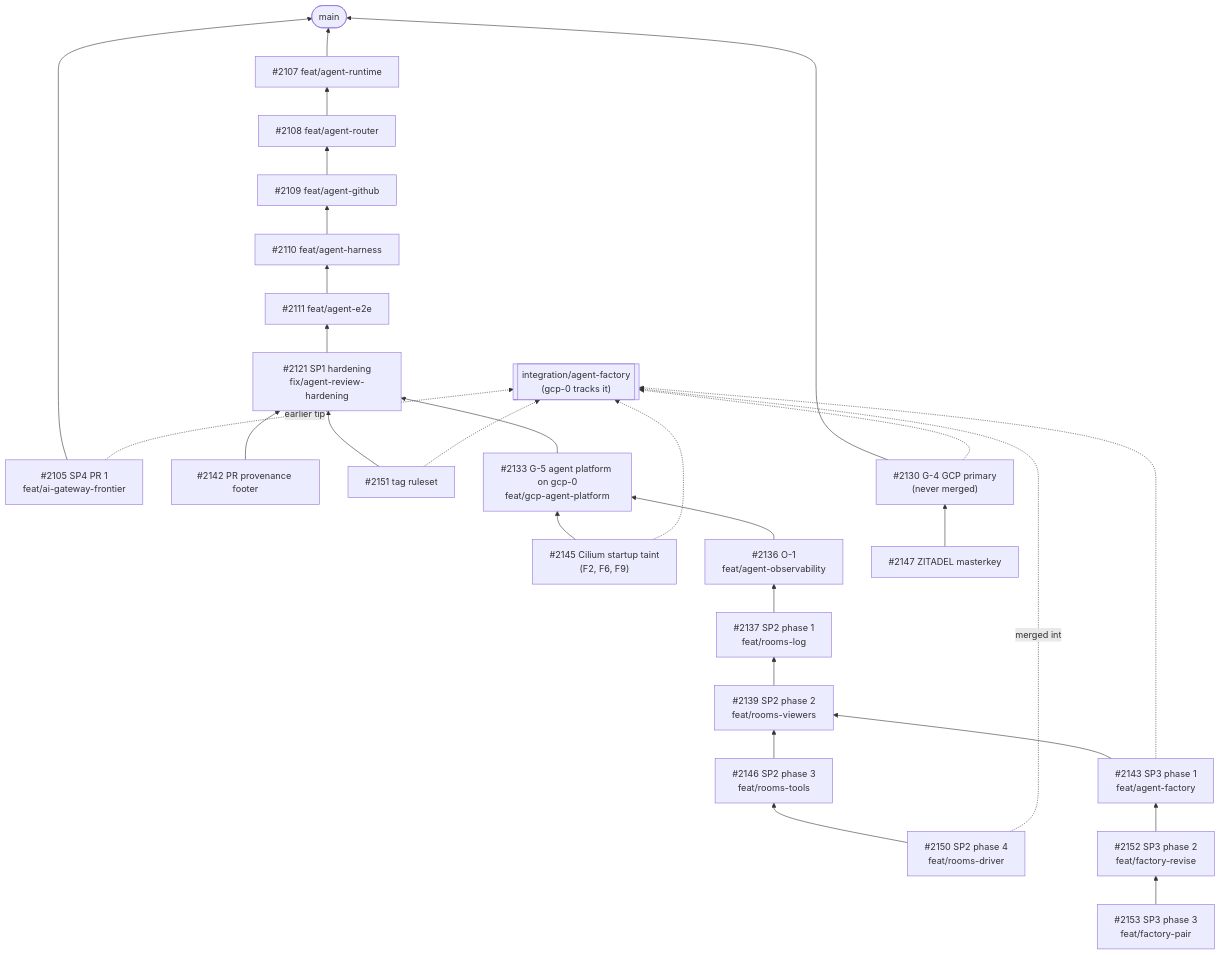
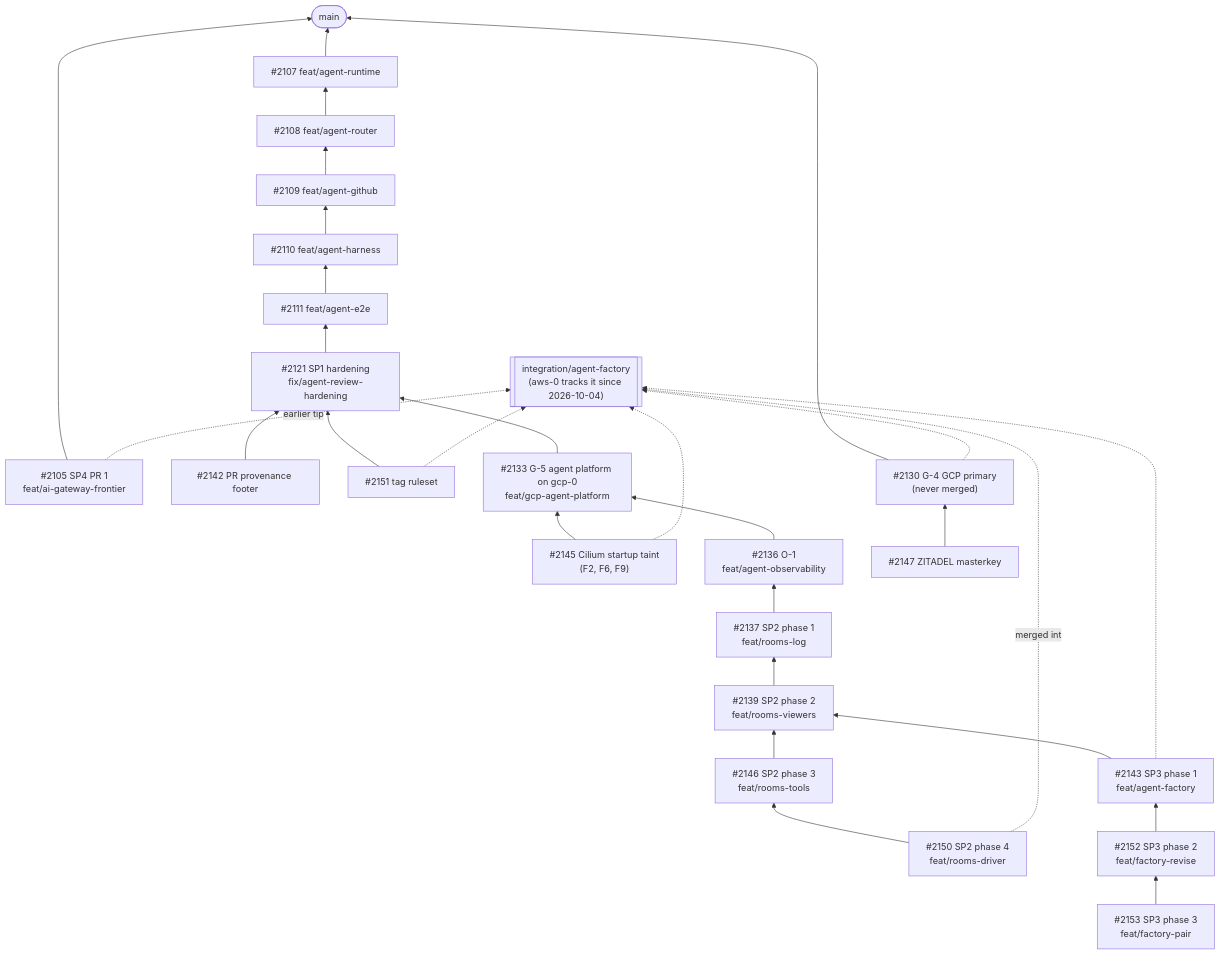
The diagram in website/content/docs/platform/ai-platform/status.md (Smana/cloud-native-ref), drawn with Mermaid before and after one commit. The commit also changed other lines of this file, not shown here.

First line of the commit message:
docs(ai-platform): refresh the programme ledger for the aws-0 flip and its validation

````diff
--- a/website/content/docs/platform/ai-platform/status.md
+++ b/website/content/docs/platform/ai-platform/status.md
@@ -274,54 +304,54 @@
 ```mermaid
 flowchart BT
   main(["main"])
   sp4["#2105 SP4 PR 1<br/>feat/ai-gateway-frontier"]
   rt["#2107 feat/agent-runtime"]
   ro["#2108 feat/agent-router"]
   gh["#2109 feat/agent-github"]
   ha["#2110 feat/agent-harness"]
   e2e["#2111 feat/agent-e2e"]
   h1["#2121 SP1 hardening<br/>fix/agent-review-hardening"]
   foot["#2142 PR provenance footer"]
   tag["#2151 tag ruleset"]
   g5["#2133 G-5 agent platform on gcp-0<br/>feat/gcp-agent-platform"]
   f2["#2145 Cilium startup taint<br/>(F2, F6, F9)"]
   o1["#2136 O-1<br/>feat/agent-observability"]
   s1["#2137 SP2 phase 1<br/>feat/rooms-log"]
   s2["#2139 SP2 phase 2<br/>feat/rooms-viewers"]
   s3["#2146 SP2 phase 3<br/>feat/rooms-tools"]
   s4["#2150 SP2 phase 4<br/>feat/rooms-driver"]
   fr1["#2143 SP3 phase 1<br/>feat/agent-factory"]
   fr2["#2152 SP3 phase 2<br/>feat/factory-revise"]
   fr3["#2153 SP3 phase 3<br/>feat/factory-pair"]
   g4["#2130 G-4 GCP primary<br/>(never merged)"]
   zm["#2147 ZITADEL masterkey"]
-  integ[["integration/agent-factory<br/>(gcp-0 tracks it)"]]
+  integ[["integration/agent-factory<br/>(aws-0 tracks it since 2026-10-04)"]]
 
   sp4 --> main
   rt --> main
   ro --> rt
   gh --> ro
   ha --> gh
   e2e --> ha
   h1 --> e2e
   foot --> h1
   tag --> h1
   g5 --> h1
   f2 --> g5
   o1 --> g5
   s1 --> o1
   s2 --> s1
   s3 --> s2
   s4 --> s3
   fr1 --> s2
   fr2 --> fr1
   fr3 --> fr2
   g4 --> main
   zm --> g4
   s4 -.merged into.-> integ
   fr1 -.-> integ
   tag -.-> integ
   sp4 -.earlier tip.-> integ
   f2 -.-> integ
   g4 -.-> integ
 ```
````
